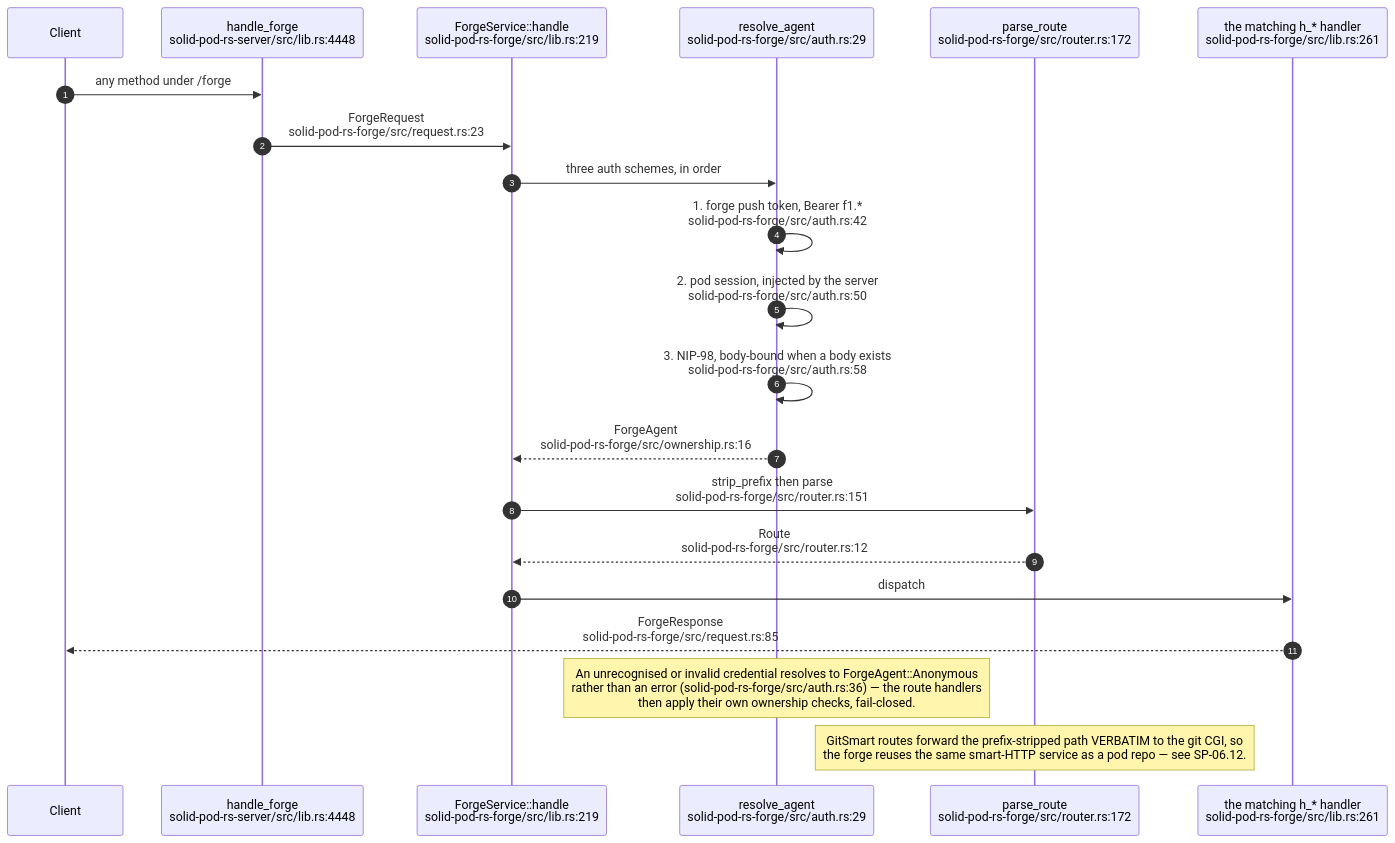
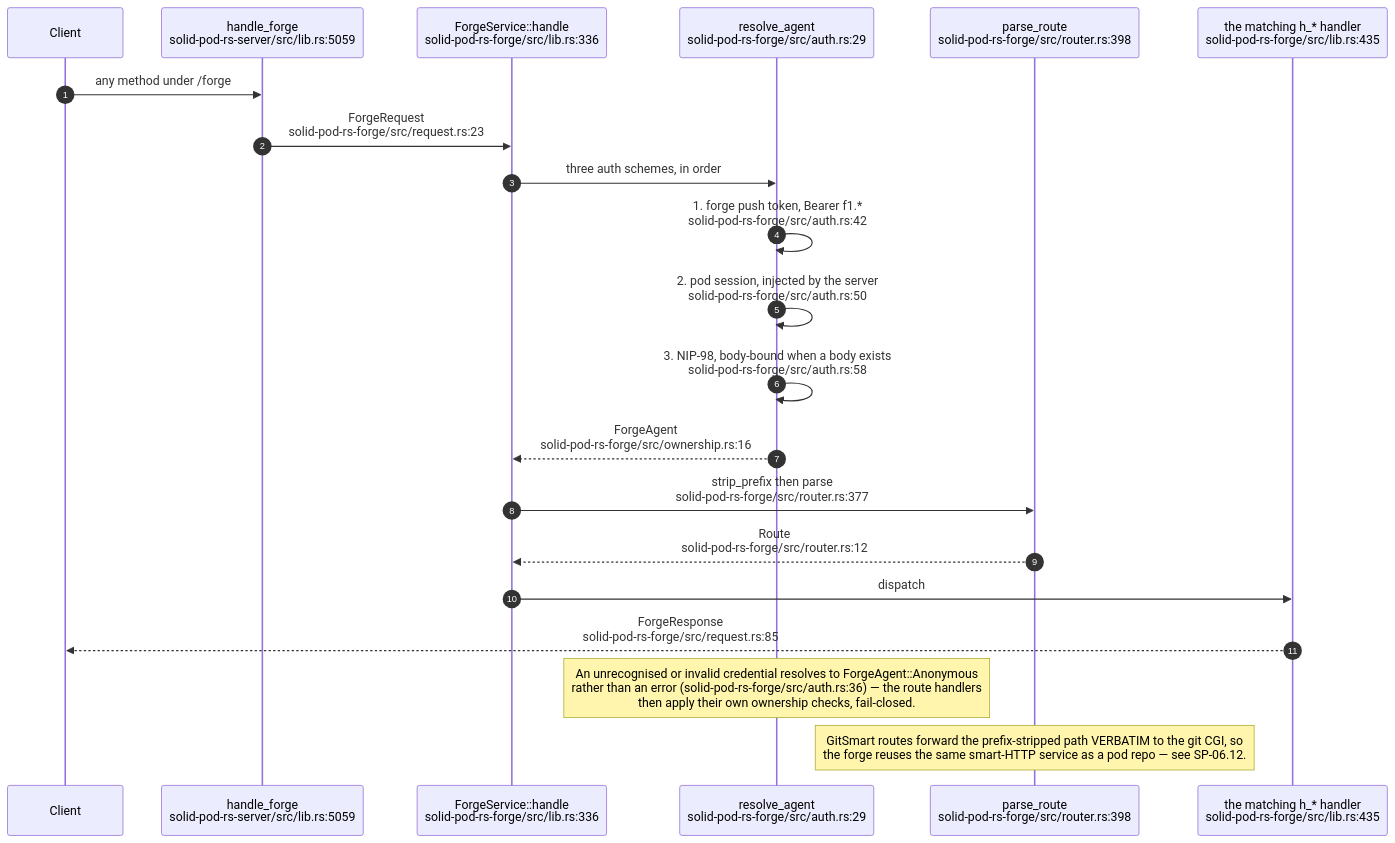
The ninth of 17 diagrams in docs/diagrams/solid-pod-rs/08-federation-notifications-forge-mcp.md (DreamLab-AI/VisionFlow), drawn with Mermaid before and after one commit. The commit also changed other lines of this file and 160 other files, not shown here.

````diff
--- a/docs/diagrams/solid-pod-rs/08-federation-notifications-forge-mcp.md
+++ b/docs/diagrams/solid-pod-rs/08-federation-notifications-forge-mcp.md
@@ -277,25 +287,25 @@
 ```mermaid
 sequenceDiagram
     autonumber
     participant C as Client
-    participant SRV as handle_forge<br/>solid-pod-rs-server/src/lib.rs:4448
-    participant F as ForgeService::handle<br/>solid-pod-rs-forge/src/lib.rs:219
+    participant SRV as handle_forge<br/>solid-pod-rs-server/src/lib.rs:5059
+    participant F as ForgeService::handle<br/>solid-pod-rs-forge/src/lib.rs:336
     participant A as resolve_agent<br/>solid-pod-rs-forge/src/auth.rs:29
-    participant R as parse_route<br/>solid-pod-rs-forge/src/router.rs:172
-    participant H as the matching h_* handler<br/>solid-pod-rs-forge/src/lib.rs:261
+    participant R as parse_route<br/>solid-pod-rs-forge/src/router.rs:398
+    participant H as the matching h_* handler<br/>solid-pod-rs-forge/src/lib.rs:435
 
     C->>SRV: any method under /forge
     SRV->>F: ForgeRequest<br/>solid-pod-rs-forge/src/request.rs:23
     F->>A: three auth schemes, in order
     A->>A: 1. forge push token, Bearer f1.*<br/>solid-pod-rs-forge/src/auth.rs:42
     A->>A: 2. pod session, injected by the server<br/>solid-pod-rs-forge/src/auth.rs:50
     A->>A: 3. NIP-98, body-bound when a body exists<br/>solid-pod-rs-forge/src/auth.rs:58
     A-->>F: ForgeAgent<br/>solid-pod-rs-forge/src/ownership.rs:16
-    F->>R: strip_prefix then parse<br/>solid-pod-rs-forge/src/router.rs:151
+    F->>R: strip_prefix then parse<br/>solid-pod-rs-forge/src/router.rs:377
     R-->>F: Route<br/>solid-pod-rs-forge/src/router.rs:12
     F->>H: dispatch
     H-->>C: ForgeResponse<br/>solid-pod-rs-forge/src/request.rs:85
 
     Note over A: An unrecognised or invalid credential resolves to ForgeAgent::Anonymous<br/>rather than an error (solid-pod-rs-forge/src/auth.rs:36) — the route handlers<br/>then apply their own ownership checks, fail-closed.
     Note over R: GitSmart routes forward the prefix-stripped path VERBATIM to the git CGI, so<br/>the forge reuses the same smart-HTTP service as a pod repo — see SP-06.12.
 ```
````
